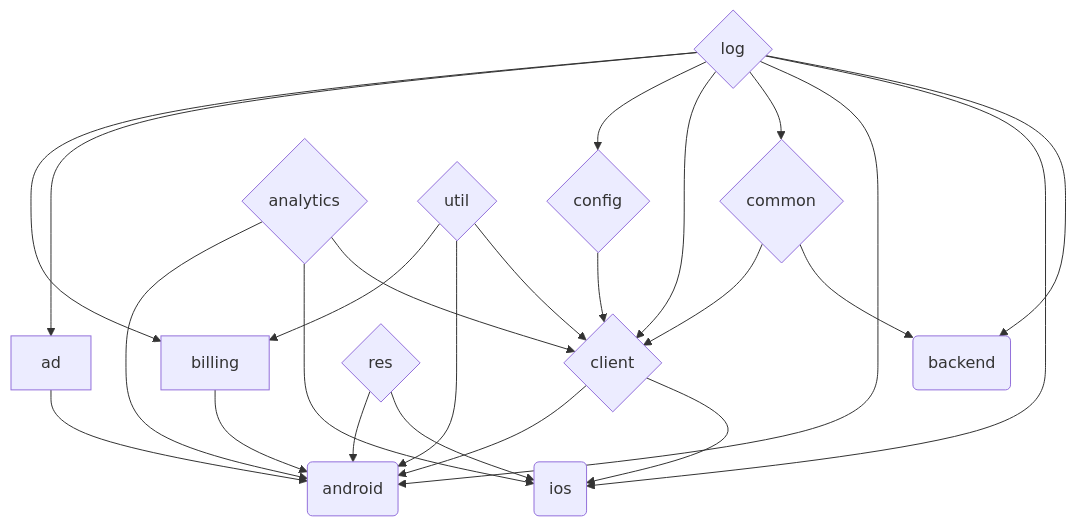
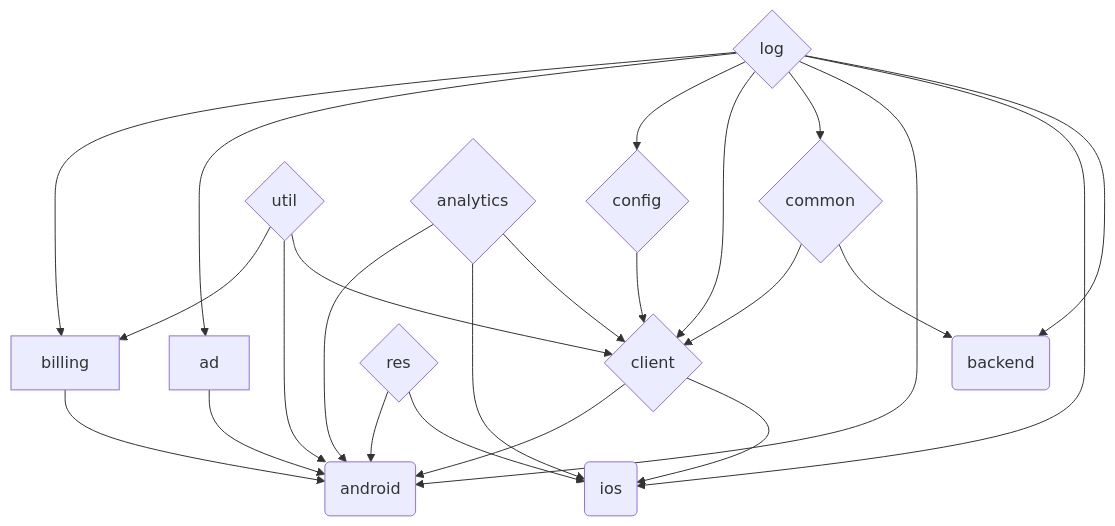
The first of 3 diagrams in README.md (Oztechan/CCC), drawn with Mermaid before and after one commit. The commit also changed other lines of this file, not shown here.

````diff
--- a/README.md
+++ b/README.md
@@ -28,39 +28,39 @@
 ```mermaid
 graph TD;
 
 log{log} --> billing
 log --> ad
 log --> config
 log --> client
 log --> common
 log --> android
 log --> ios
 log --> backend
+
+util{util} --> billing
+util --> android
+util --> client
 
 billing-->android
 
 ad-->android
 
 config{config}-->client
 
 analytics{analytics} --> android
 analytics --> ios
 analytics-->client
 
 res{res}-->android
 res-->ios
 
 client{client}-->android
 client-->ios
 
 common{common}-->client
 common-->backend
 
-util{util} --> billing
-util --> android
-util --> client
-
 android(android)
 ios(ios)
 backend(backend)
 ```
````
